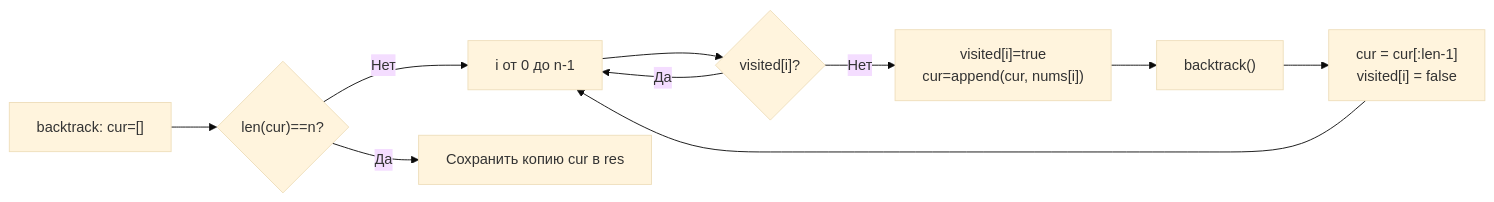
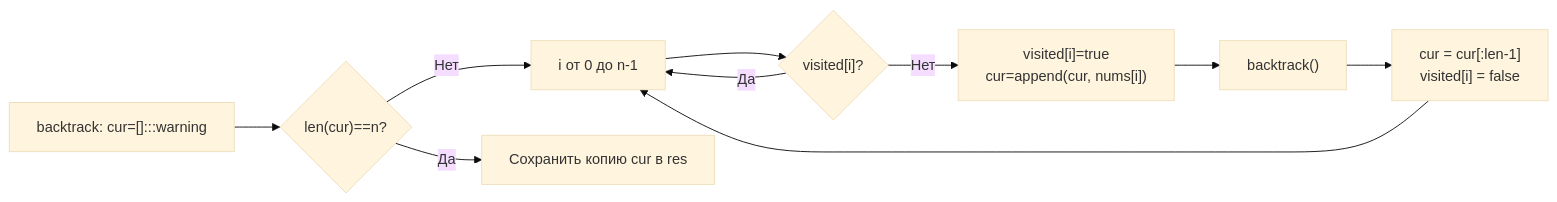
Before and after one commit to UnrealTemplier/go-textbook: the diagram in sources/21. Задачи с LeetCode и собеседований на Go/02. Задачи/10. Backtracking/5. Permutations.md, drawn with Mermaid (base theme). The commit also changed 1666 other files, not shown here.

First line of the commit message:
feat(mermaid): add semantic color classDef to 1369 colorless flowchart/graph diagrams

````diff
--- a/sources/21. Задачи с LeetCode и собеседований на Go/02. Задачи/10. Backtracking/5. Permutations.md
+++ b/sources/21. Задачи с LeetCode и собеседований на Go/02. Задачи/10. Backtracking/5. Permutations.md
@@ -68,12 +68,22 @@
 ```mermaid
 flowchart LR
-    A["backtrack: cur=[]"] --> B{"len(cur)==n?"}
+    classDef process  fill:#1e293b,stroke:#38bdf8,stroke-width:1px,color:#f8fafc
+    classDef success  fill:#064e3b,stroke:#34d399,stroke-width:1px,color:#f8fafc
+    classDef error    fill:#7f1d1d,stroke:#f87171,stroke-width:1px,color:#f8fafc
+    classDef warning  fill:#78350f,stroke:#fbbf24,stroke-width:1px,color:#f8fafc
+    classDef entry    fill:#1e3a5f,stroke:#38bdf8,stroke-width:2px,color:#f8fafc
+    classDef aux      fill:#334155,stroke:#64748b,stroke-width:1px,color:#f8fafc
+    classDef system   fill:#312e81,stroke:#a78bfa,stroke-width:1px,color:#f8fafc
+    classDef data     fill:#132d29,stroke:#2dd4bf,stroke-width:1px,color:#f8fafc
+    classDef network  fill:#881337,stroke:#fb7185,stroke-width:1px,color:#f8fafc
+    classDef accent   fill:#1e1b4b,stroke:#818cf8,stroke-width:1px,color:#f8fafc
+    A["backtrack: cur=[]:::warning"] --> B{"len(cur)==n?"}
     B -->|"Нет"| C["i от 0 до n-1"]
     C --> D{"visited[i]?"}
     D -->|"Нет"| E["visited[i]=true<br>cur=append(cur, nums[i])"]
     D -->|"Да"| C
     E --> F["backtrack()"]
     F --> G["cur = cur[:len-1]<br>visited[i] = false"]
     G --> C
     B -->|"Да"| H["Сохранить копию cur в res"]
 ```
````
